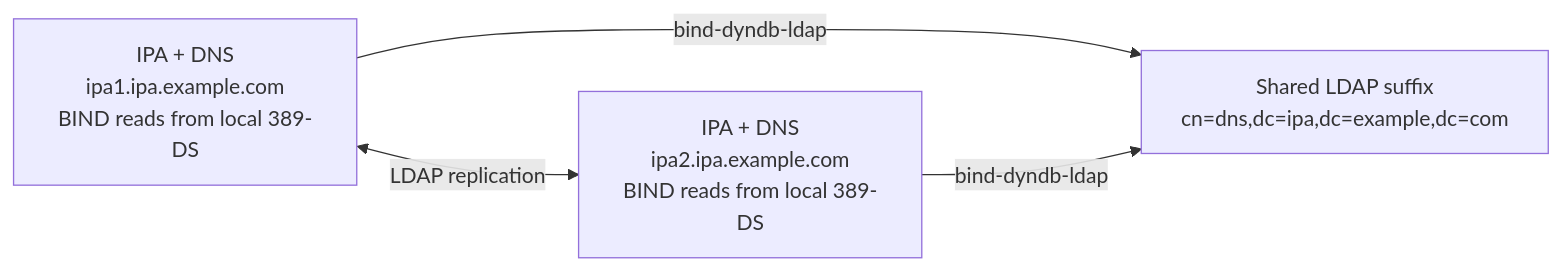
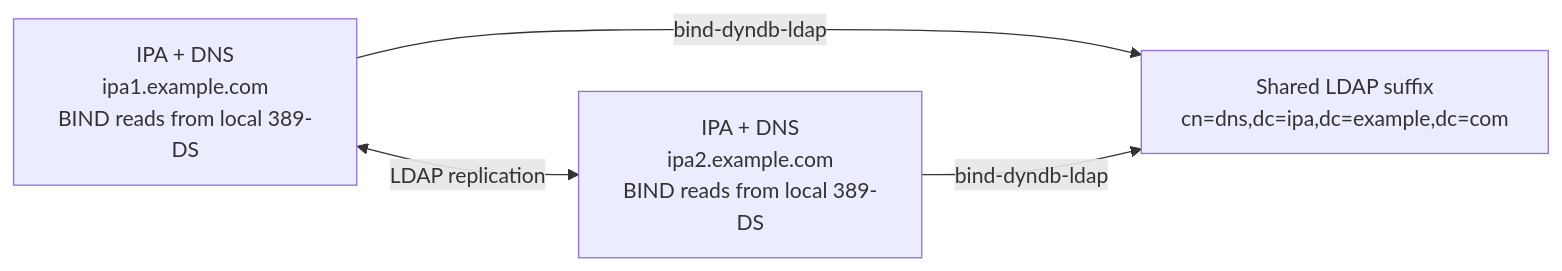
One commit to UncleJS/course_FreeIPA changed the tenth of 15 diagrams in 12_replication_topology.md. Above: the diagram before and after it, drawn with Mermaid. The commit also changed other lines of this file and 22 other files, not shown here.

````diff
--- a/12_replication_topology.md
+++ b/12_replication_topology.md
@@ -477,10 +477,10 @@
 ```mermaid
 graph LR
-    IPA1["IPA + DNS<br/>ipa1.ipa.example.com<br/>BIND reads from local 389-DS"]
-    IPA2["IPA + DNS<br/>ipa2.ipa.example.com<br/>BIND reads from local 389-DS"]
+    IPA1["IPA + DNS<br/>ipa1.example.com<br/>BIND reads from local 389-DS"]
+    IPA2["IPA + DNS<br/>ipa2.example.com<br/>BIND reads from local 389-DS"]
     LDAP["Shared LDAP suffix<br/>cn=dns,dc=ipa,dc=example,dc=com"]
 
     IPA1 <-->|LDAP replication| IPA2
     IPA1 -->|bind-dyndb-ldap| LDAP
     IPA2 -->|bind-dyndb-ldap| LDAP
 ```
````
